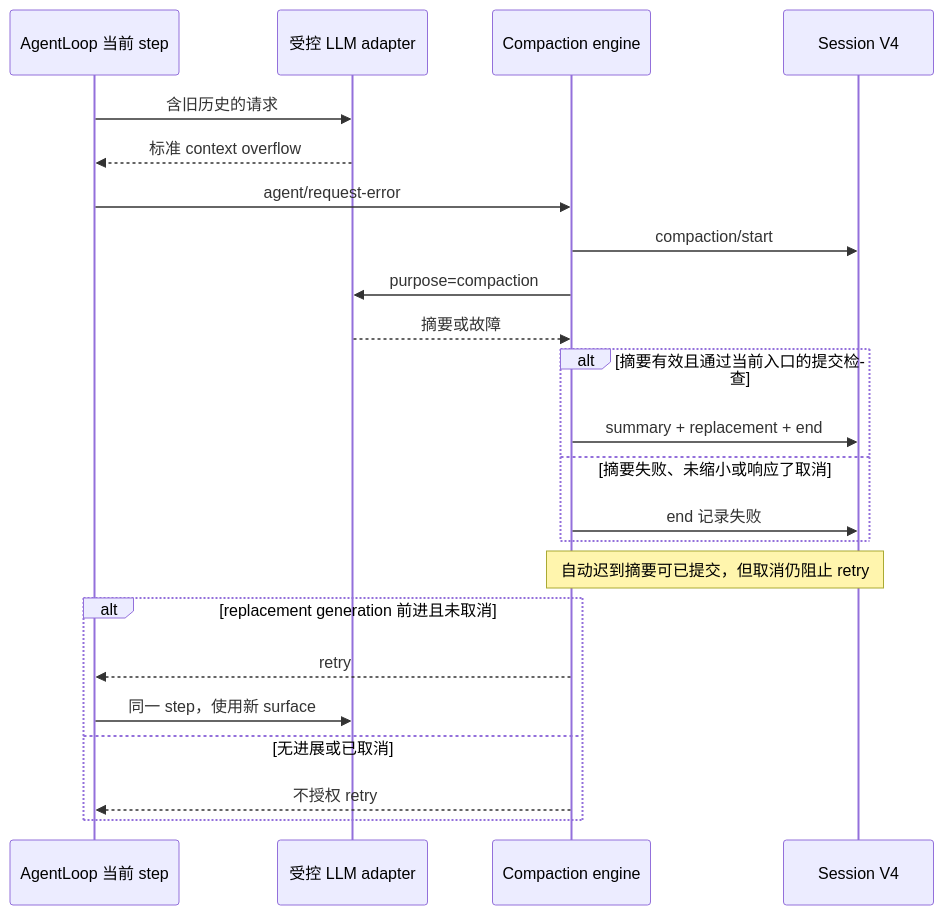
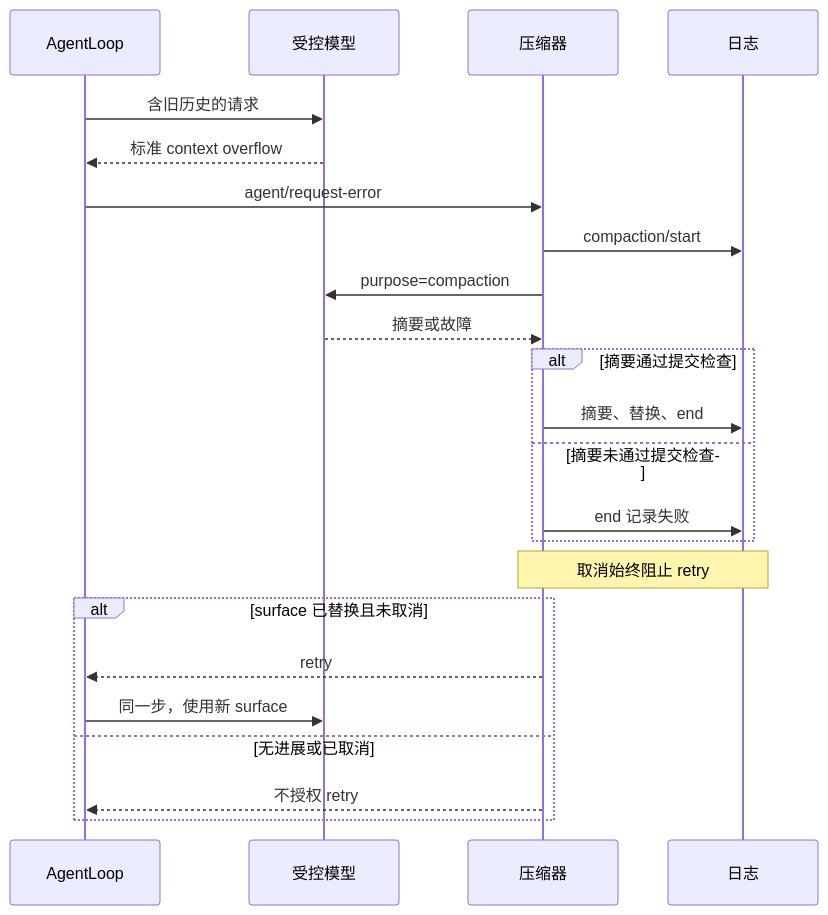
The first of 2 diagrams in labs/compaction-lifecycle/RECOVERY.md (eriklee1895/hands-on-dsh), drawn with Mermaid before and after one commit. The commit also changed other lines of this file and 86 other files, not shown here.

Commit message:
docs: improve course narrative, technical guidance, and diagrams

````diff
--- a/labs/compaction-lifecycle/RECOVERY.md
+++ b/labs/compaction-lifecycle/RECOVERY.md
@@ -48,25 +54,25 @@
 ```mermaid
 sequenceDiagram
-    participant A as AgentLoop 当前 step
-    participant L as 受控 LLM adapter
-    participant C as Compaction engine
-    participant S as Session V4
+    participant A as AgentLoop
+    participant L as 受控模型
+    participant C as 压缩器
+    participant S as 日志
     A->>L: 含旧历史的请求
     L-->>A: 标准 context overflow
     A->>C: agent/request-error
     C->>S: compaction/start
     C->>L: purpose=compaction
     L-->>C: 摘要或故障
-    alt 摘要有效且通过当前入口的提交检查
-        C->>S: summary + replacement + end
-    else 摘要失败、未缩小或响应了取消
+    alt 摘要通过提交检查
+        C->>S: 摘要、替换、end
+    else 摘要未通过提交检查
         C->>S: end 记录失败
     end
-    Note over C,S: 自动迟到摘要可已提交，但取消仍阻止 retry
-    alt replacement generation 前进且未取消
+    Note over C,S: 取消始终阻止 retry
+    alt surface 已替换且未取消
         C-->>A: retry
-        A->>L: 同一 step，使用新 surface
+        A->>L: 同一步，使用新 surface
     else 无进展或已取消
         C-->>A: 不授权 retry
     end
 ```
````
